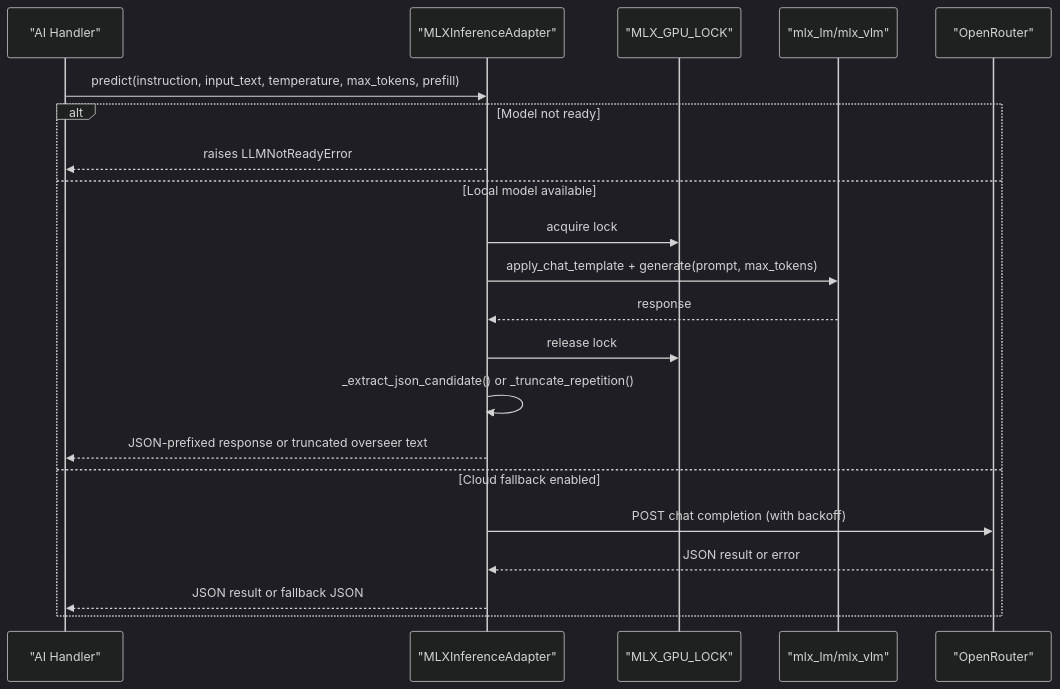
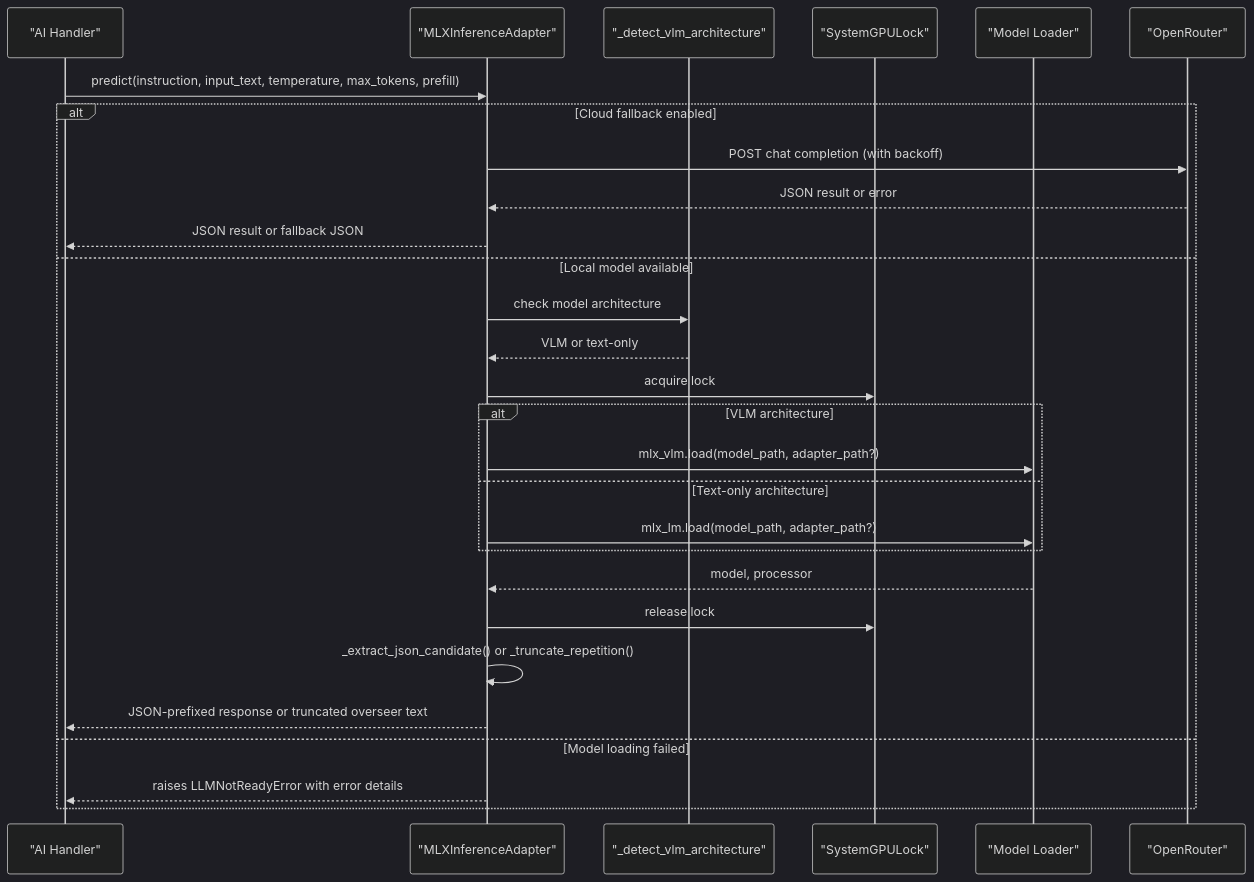
Before and after one commit to gemrajkhatry-maker/v5-of-glassytrade-ai: the fourth of 6 diagrams in .qoder/repowiki/en/content/Backend Application/Infrastructure Adapters/ML Inference Adapters.md, drawn with Mermaid (dark theme). The commit also changed other lines of this file and 219 other files, not shown here.

First line of the commit message:
refactor: major architecture improvements across backend, backendv2, brokers, and frontend

````diff
--- a/.qoder/repowiki/en/content/Backend Application/Infrastructure Adapters/ML Inference Adapters.md
+++ b/.qoder/repowiki/en/content/Backend Application/Infrastructure Adapters/ML Inference Adapters.md
@@ -279,23 +293,30 @@
 ```mermaid
 sequenceDiagram
 participant Client as "AI Handler"
 participant Adapter as "MLXInferenceAdapter"
-participant GPU as "MLX_GPU_LOCK"
-participant MLX as "mlx_lm/mlx_vlm"
+participant Detector as "_detect_vlm_architecture"
+participant GPU as "SystemGPULock"
+participant Loader as "Model Loader"
 participant Cloud as "OpenRouter"
 Client->>Adapter : predict(instruction, input_text, temperature, max_tokens, prefill)
-alt Model not ready
-Adapter-->>Client : raises LLMNotReadyError
+alt Cloud fallback enabled
+Adapter->>Cloud : POST chat completion (with backoff)
+Cloud-->>Adapter : JSON result or error
+Adapter-->>Client : JSON result or fallback JSON
 else Local model available
+Adapter->>Detector : check model architecture
+Detector-->>Adapter : VLM or text-only
 Adapter->>GPU : acquire lock
-Adapter->>MLX : apply_chat_template + generate(prompt, max_tokens)
-MLX-->>Adapter : response
+alt VLM architecture
+Adapter->>Loader : mlx_vlm.load(model_path, adapter_path?)
+else Text-only architecture
+Adapter->>Loader : mlx_lm.load(model_path, adapter_path?)
+end
+Loader-->>Adapter : model, processor
 Adapter->>GPU : release lock
 Adapter->>Adapter : _extract_json_candidate() or _truncate_repetition()
 Adapter-->>Client : JSON-prefixed response or truncated overseer text
-else Cloud fallback enabled
-Adapter->>Cloud : POST chat completion (with backoff)
-Cloud-->>Adapter : JSON result or error
-Adapter-->>Client : JSON result or fallback JSON
+else Model loading failed
+Adapter-->>Client : raises LLMNotReadyError with error details
 end
 ```
````
